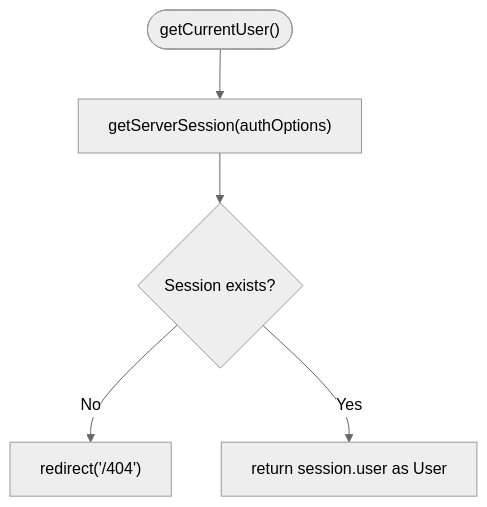
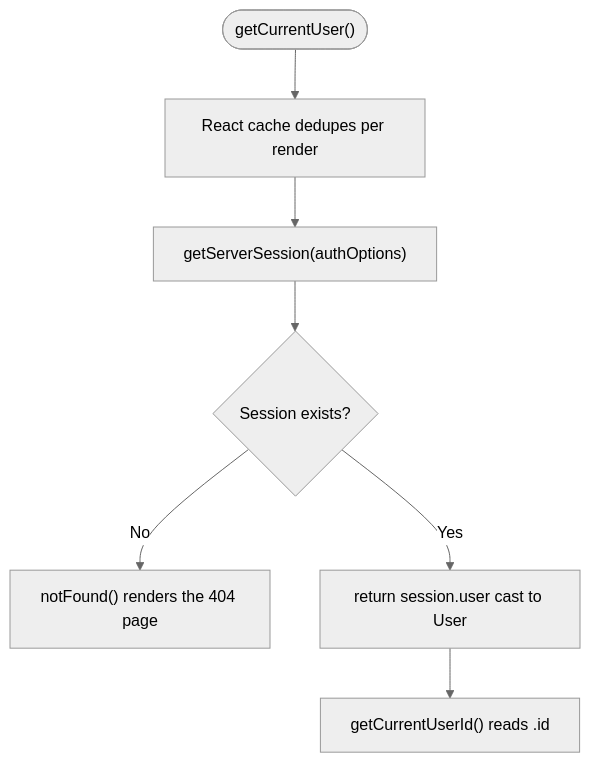
One commit to Dezzpil/meingym changed the fifth of 8 diagrams in .qoder/repowiki/en/content/Authentication and Authorization.md. Above: the diagram before and after it, drawn with Mermaid (neutral theme). The commit also changed other lines of this file and 12 other files, not shown here.

````diff
--- a/.qoder/repowiki/en/content/Authentication and Authorization.md
+++ b/.qoder/repowiki/en/content/Authentication and Authorization.md
@@ -232,7 +295,9 @@
 ```mermaid
 flowchart TD
-Entry(["getCurrentUser()"]) --> GetSession["getServerSession(authOptions)"]
+Entry(["getCurrentUser()"]) --> Cached["React cache dedupes per render"]
+Cached --> GetSession["getServerSession(authOptions)"]
 GetSession --> HasSession{"Session exists?"}
-HasSession -- No --> Redirect["redirect('/404')"]
-HasSession -- Yes --> ReturnUser["return session.user as User"]
+HasSession -- No --> NotFound["notFound() renders the 404 page"]
+HasSession -- Yes --> ReturnUser["return session.user cast to User"]
+ReturnUser --> IdHelper["getCurrentUserId() reads .id"]
 ```
````
